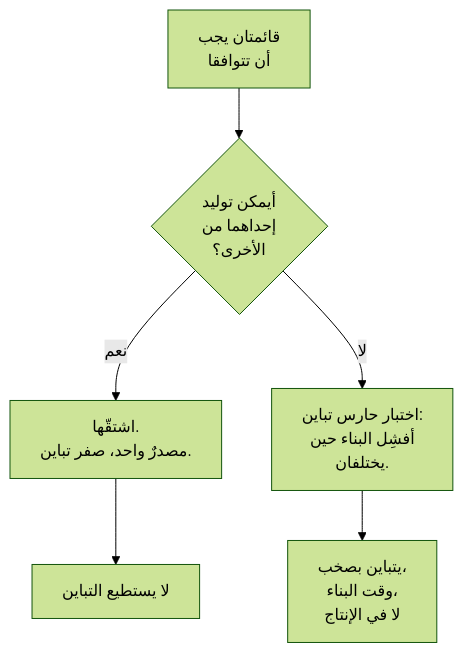
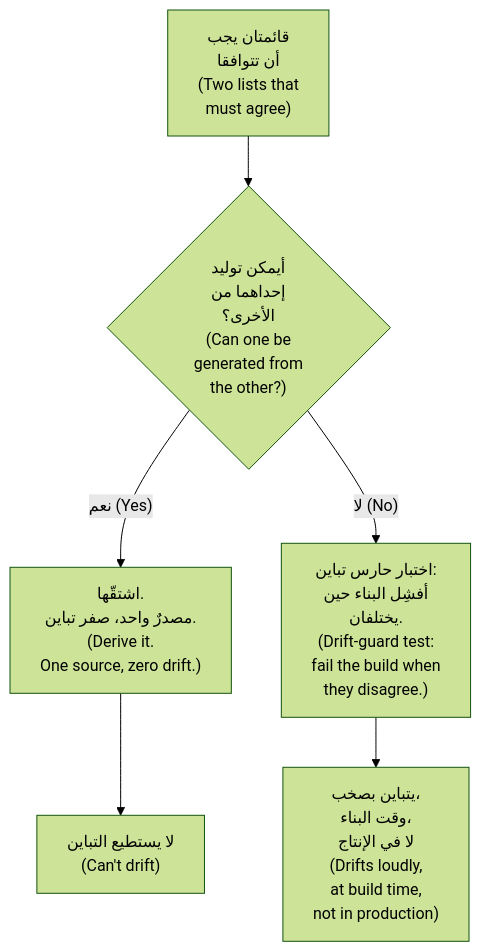
Before and after one commit to Tamoura/system-design-for-vibe-coders: the fourth of 7 diagrams in modules/06-many-clients/module.ar.md, drawn with Mermaid (forest theme). The commit also changed other lines of this file and 62 other files, not shown here.

First line of the commit message:
Arabic editions: English on every diagram label, RTL fixes, rebuild

````diff
--- a/modules/06-many-clients/module.ar.md
+++ b/modules/06-many-clients/module.ar.md
@@ -440,8 +440,8 @@
 ```mermaid
 flowchart TD
-    START["قائمتان يجب<br/>أن تتوافقا"] --> Q{"أيمكن توليد<br/>إحداهما من<br/>الأخرى؟"}
-    Q -->|نعم| DERIVE["اشتقّها.<br/>مصدرٌ واحد، صفر تباين."]
-    Q -->|لا| GUARD["اختبار حارس تباين:<br/>أفشِل البناء حين<br/>يختلفان."]
-    DERIVE --> SAFE["لا يستطيع التباين"]
-    GUARD --> SAFE2["يتباين بصخب،<br/>وقت البناء،<br/>لا في الإنتاج"]
+    START["قائمتان يجب<br/>أن تتوافقا<br/>(Two lists that<br/>must agree)"] --> Q{"أيمكن توليد<br/>إحداهما من<br/>الأخرى؟<br/>(Can one be<br/>generated from<br/>the other?)"}
+    Q -->|"نعم (Yes)"| DERIVE["اشتقّها.<br/>مصدرٌ واحد، صفر تباين.<br/>(Derive it.<br/>One source, zero drift.)"]
+    Q -->|"لا (No)"| GUARD["اختبار حارس تباين:<br/>أفشِل البناء حين<br/>يختلفان.<br/>(Drift-guard test:<br/>fail the build when<br/>they disagree.)"]
+    DERIVE --> SAFE["لا يستطيع التباين<br/>(Can't drift)"]
+    GUARD --> SAFE2["يتباين بصخب،<br/>وقت البناء،<br/>لا في الإنتاج<br/>(Drifts loudly,<br/>at build time,<br/>not in production)"]
 ```
````
